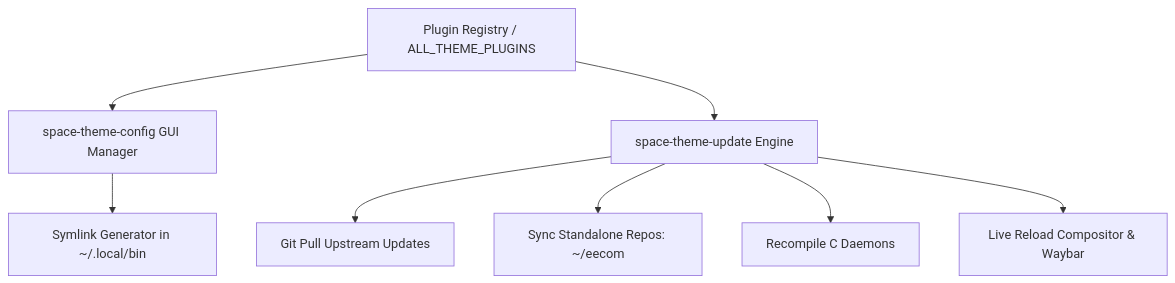
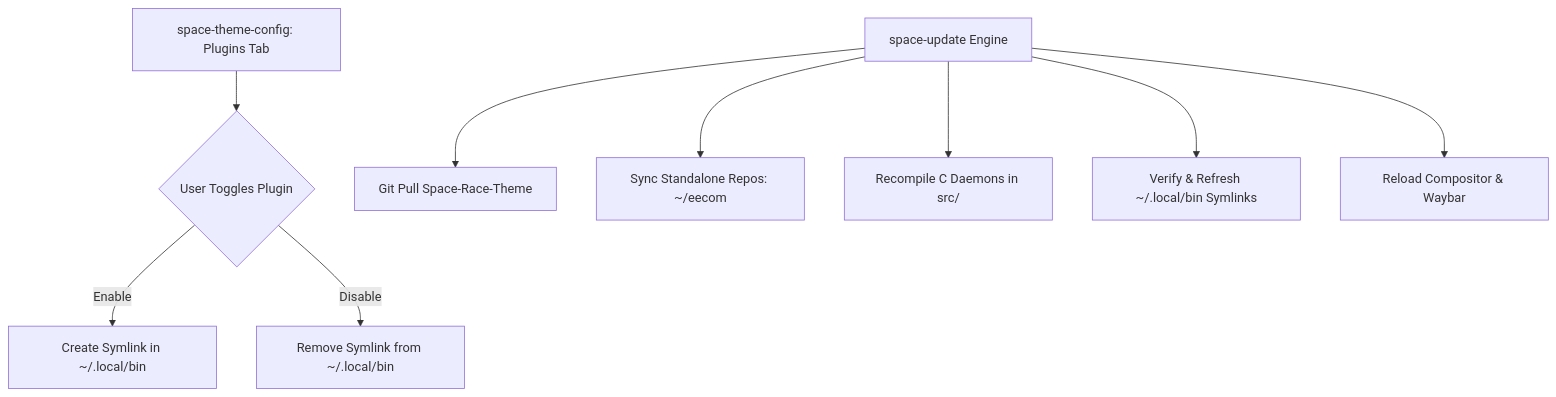
One commit to diogogc/Space-Race-Theme changed the diagram in wiki/04-plugin-system-and-updates.md. Above: the diagram before and after it, drawn with Mermaid. The commit also changed other lines of this file and 22 other files, not shown here.

Commit message:
docs(wiki): capture clean workspace prints of all plugins and subtabs with mermaid flux diagrams

````diff
--- a/wiki/04-plugin-system-and-updates.md
+++ b/wiki/04-plugin-system-and-updates.md
@@ -11,11 +9,12 @@
 ```mermaid
 graph TD
-    A[Plugin Registry / ALL_THEME_PLUGINS] --> B[space-theme-config GUI Manager]
-    A --> C[space-theme-update Engine]
+    A[space-theme-config: Plugins Tab] --> B{User Toggles Plugin}
+    B -->|Enable| C[Create Symlink in ~/.local/bin]
+    B -->|Disable| D[Remove Symlink from ~/.local/bin]
     
-    B --> D[Symlink Generator in ~/.local/bin]
-    C --> E[Git Pull Upstream Updates]
-    C --> F[Sync Standalone Repos: ~/eecom]
-    C --> G[Recompile C Daemons]
-    C --> H[Live Reload Compositor & Waybar]
+    E[space-update Engine] --> F[Git Pull Space-Race-Theme]
+    E --> G[Sync Standalone Repos: ~/eecom]
+    E --> H[Recompile C Daemons in src/]
+    E --> I[Verify & Refresh ~/.local/bin Symlinks]
+    E --> J[Reload Compositor & Waybar]
 ```
````
